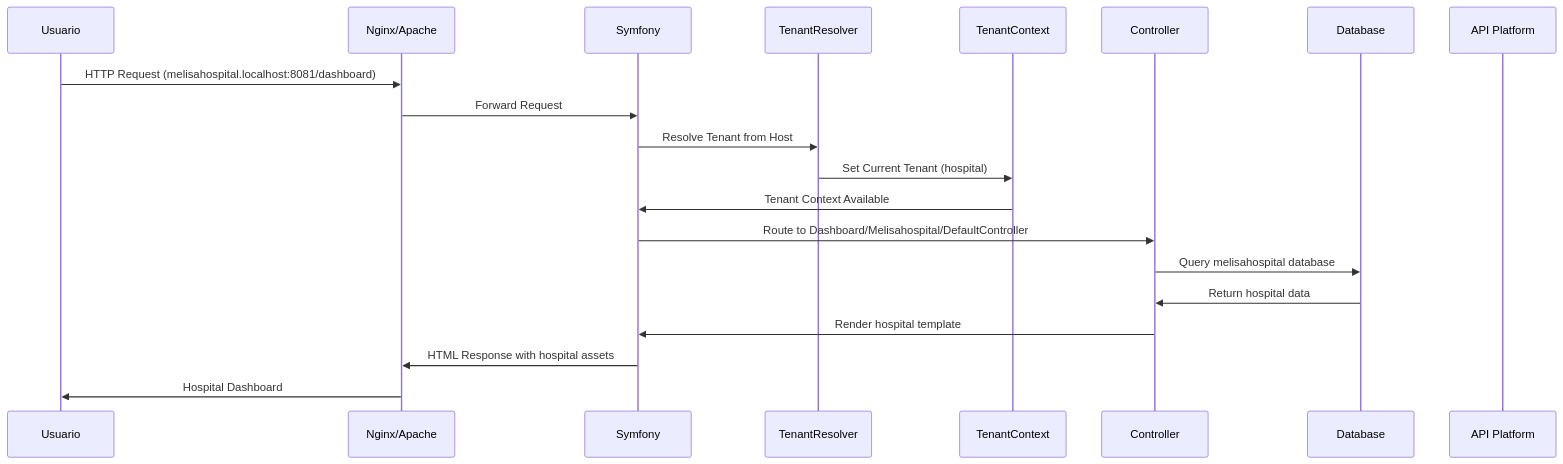
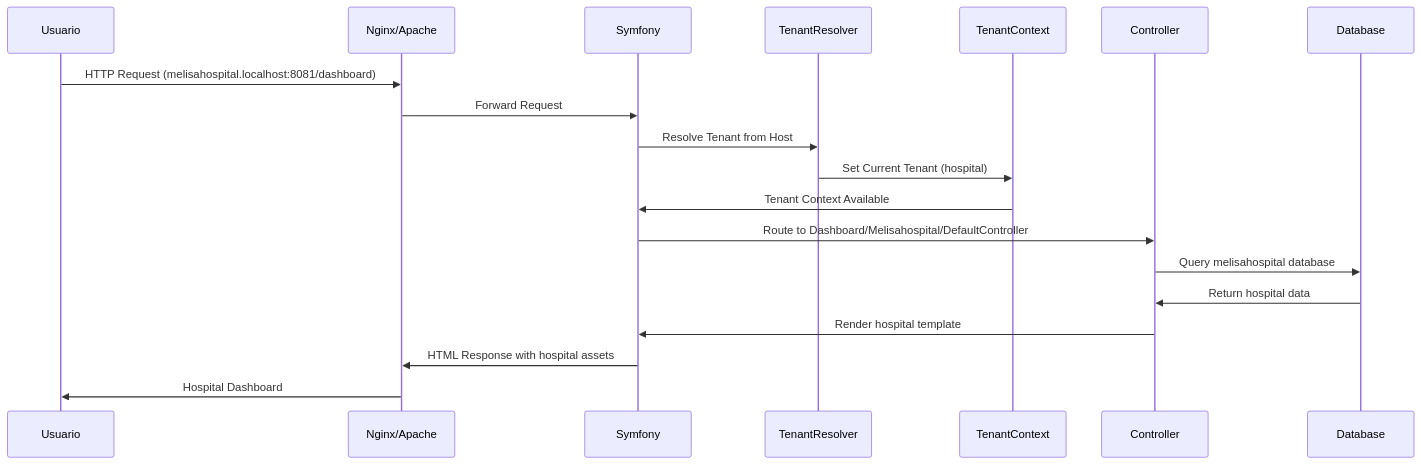
The second of 3 diagrams in docs/ARQUITECTURA_MELISA_TENANT.md (carlosalarcong/melisa_tenant), drawn with Mermaid before and after one commit. The commit also changed other lines of this file and 1 other file, not shown here.

First line of the commit message:
Limpieza completa de referencias a API Platform en documentación

````diff
--- a/docs/ARQUITECTURA_MELISA_TENANT.md
+++ b/docs/ARQUITECTURA_MELISA_TENANT.md
@@ -395,23 +336,22 @@
 ```mermaid
 sequenceDiagram
     participant U as Usuario
     participant N as Nginx/Apache  
     participant S as Symfony
     participant TR as TenantResolver
     participant TC as TenantContext
     participant C as Controller
     participant DB as Database
-    participant API as API Platform
     
     U->>N: HTTP Request (melisahospital.localhost:8081/dashboard)
     N->>S: Forward Request
     S->>TR: Resolve Tenant from Host
     TR->>TC: Set Current Tenant (hospital)
     TC->>S: Tenant Context Available
     S->>C: Route to Dashboard/Melisahospital/DefaultController
     C->>DB: Query melisahospital database
     DB->>C: Return hospital data
     C->>S: Render hospital template
     S->>N: HTML Response with hospital assets
     N->>U: Hospital Dashboard
 ```
````
